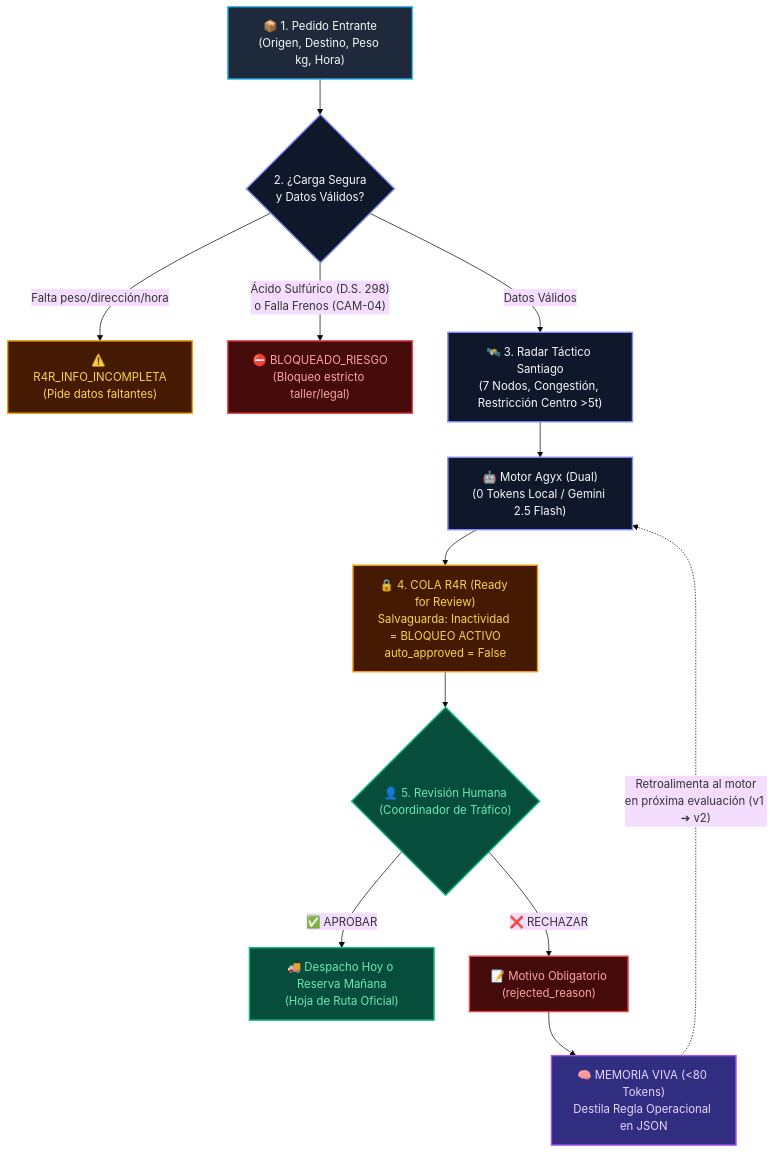
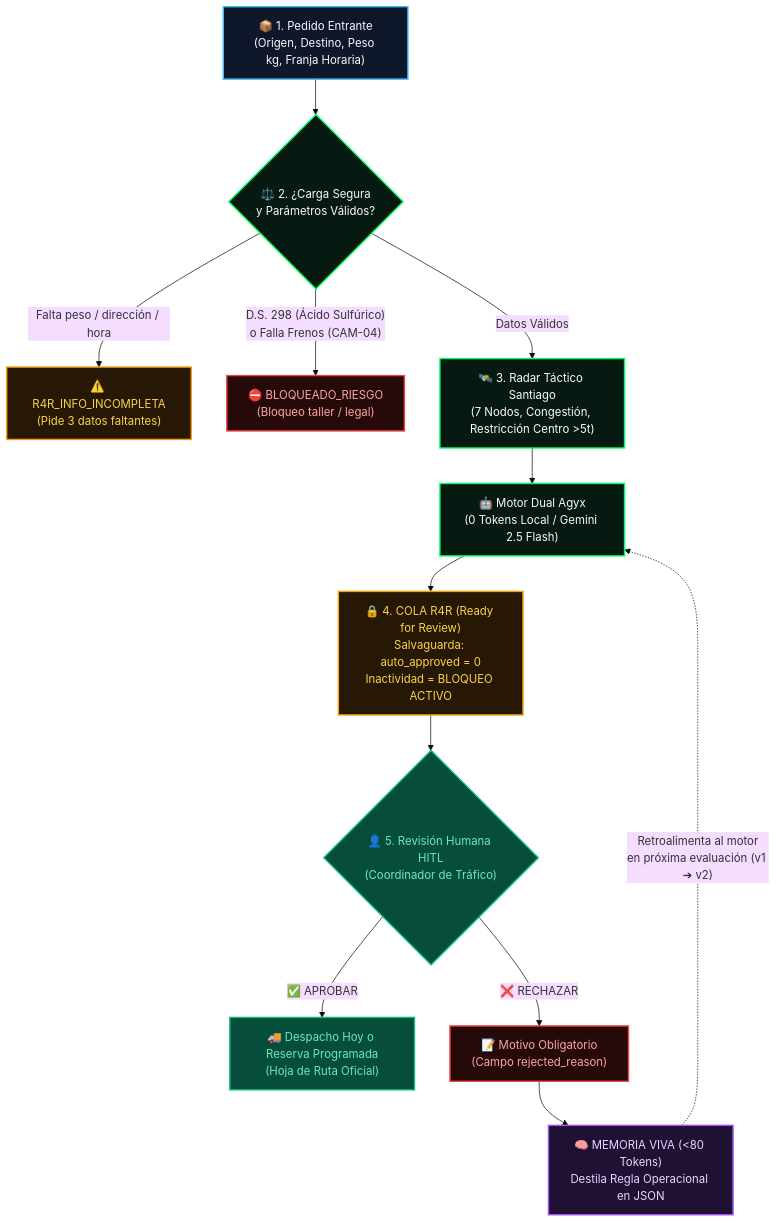
One commit to nicogouet5/Agyx-Site- changed the first of 3 diagrams in README.md. Above: the diagram before and after it, drawn with Mermaid (base theme). The commit also changed other lines of this file, not shown here.

Commit message:
docs: integrate visual mermaid workflows directly into README flow

````diff
--- a/README.md
+++ b/README.md
@@ -69,30 +50,30 @@
 ```mermaid
 flowchart TD
-    classDef input fill:#1e293b,stroke:#38bdf8,stroke-width:2px,color:#f8fafc;
-    classDef engine fill:#0f172a,stroke:#818cf8,stroke-width:2px,color:#f8fafc;
-    classDef safeguard fill:#450a0a,stroke:#ef4444,stroke-width:2px,color:#fca5a5;
-    classDef r4r fill:#451a03,stroke:#f59e0b,stroke-width:2px,color:#fcd34d;
+    classDef input fill:#0f172a,stroke:#38bdf8,stroke-width:2px,color:#f8fafc;
+    classDef engine fill:#071a12,stroke:#00ff66,stroke-width:2px,color:#f8fafc;
+    classDef safeguard fill:#260a0a,stroke:#ef4444,stroke-width:2px,color:#fca5a5;
+    classDef r4r fill:#261805,stroke:#f59e0b,stroke-width:2px,color:#fcd34d;
     classDef human fill:#064e3b,stroke:#10b981,stroke-width:2px,color:#6ee7b7;
-    classDef memory fill:#312e81,stroke:#a855f7,stroke-width:2px,color:#e9d5ff;
+    classDef memory fill:#1f1133,stroke:#a855f7,stroke-width:2px,color:#e9d5ff;
 
-    In["📦 1. Pedido Entrante<br/>(Origen, Destino, Peso kg, Hora)"]:::input --> Val{"2. ¿Carga Segura<br/>y Datos Válidos?"}:::engine
+    In["📦 1. Pedido Entrante<br/>(Origen, Destino, Peso kg, Franja Horaria)"]:::input --> Val{"⚖️ 2. ¿Carga Segura<br/>y Parámetros Válidos?"}:::engine
 
-    Val -- "Falta peso/dirección/hora" --> Inc["⚠️ R4R_INFO_INCOMPLETA<br/>(Pide datos faltantes)"]:::r4r
-    Val -- "Ácido Sulfúrico (D.S. 298)<br/>o Falla Frenos (CAM-04)" --> Bloq["⛔ BLOQUEADO_RIESGO<br/>(Bloqueo estricto taller/legal)"]:::safeguard
+    Val -- "Falta peso / dirección / hora" --> Inc["⚠️ R4R_INFO_INCOMPLETA<br/>(Pide 3 datos faltantes)"]:::r4r
+    Val -- "D.S. 298 (Ácido Sulfúrico)<br/>o Falla Frenos (CAM-04)" --> Bloq["⛔ BLOQUEADO_RIESGO<br/>(Bloqueo taller / legal)"]:::safeguard
 
     Val -- "Datos Válidos" --> Geo["🛰️ 3. Radar Táctico Santiago<br/>(7 Nodos, Congestión, Restricción Centro >5t)"]:::engine
     
-    Geo --> Engine["🤖 Motor Agyx (Dual)<br/>(0 Tokens Local / Gemini 2.5 Flash)"]:::engine
+    Geo --> Engine["🤖 Motor Dual Agyx<br/>(0 Tokens Local / Gemini 2.5 Flash)"]:::engine
 
-    Engine --> R4R["🔒 4. COLA R4R (Ready for Review)<br/>Salvaguarda: Inactividad = BLOQUEO ACTIVO<br/>auto_approved = False"]:::r4r
+    Engine --> R4R["🔒 4. COLA R4R (Ready for Review)<br/>Salvaguarda: auto_approved = 0<br/>Inactividad = BLOQUEO ACTIVO"]:::r4r
 
-    R4R --> Rev{"👤 5. Revisión Humana<br/>(Coordinador de Tráfico)"}:::human
+    R4R --> Rev{"👤 5. Revisión Humana HITL<br/>(Coordinador de Tráfico)"}:::human
 
-    Rev -- "✅ APROBAR" --> Disp["🚚 Despacho Hoy o Reserva Mañana<br/>(Hoja de Ruta Oficial)"]:::human
+    Rev -- "✅ APROBAR" --> Disp["🚚 Despacho Hoy o Reserva Programada<br/>(Hoja de Ruta Oficial)"]:::human
 
-    Rev -- "❌ RECHAZAR" --> Reason["📝 Motivo Obligatorio<br/>(rejected_reason)"]:::safeguard
+    Rev -- "❌ RECHAZAR" --> Reason["📝 Motivo Obligatorio<br/>(Campo rejected_reason)"]:::safeguard
 
     Reason --> Mem["🧠 MEMORIA VIVA (&lt;80 Tokens)<br/>Destila Regla Operacional en JSON"]:::memory
 
     Mem -. "Retroalimenta al motor<br/>en próxima evaluación (v1 ➔ v2)" .-> Engine
 ```
````
